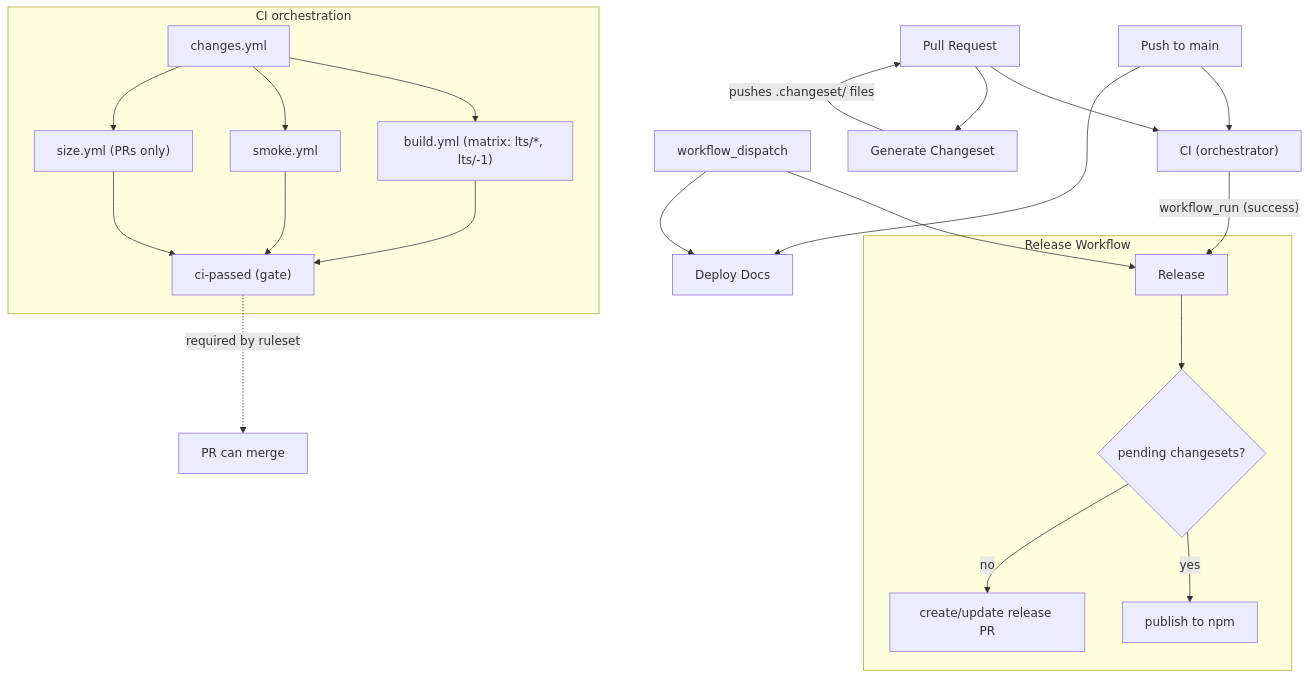
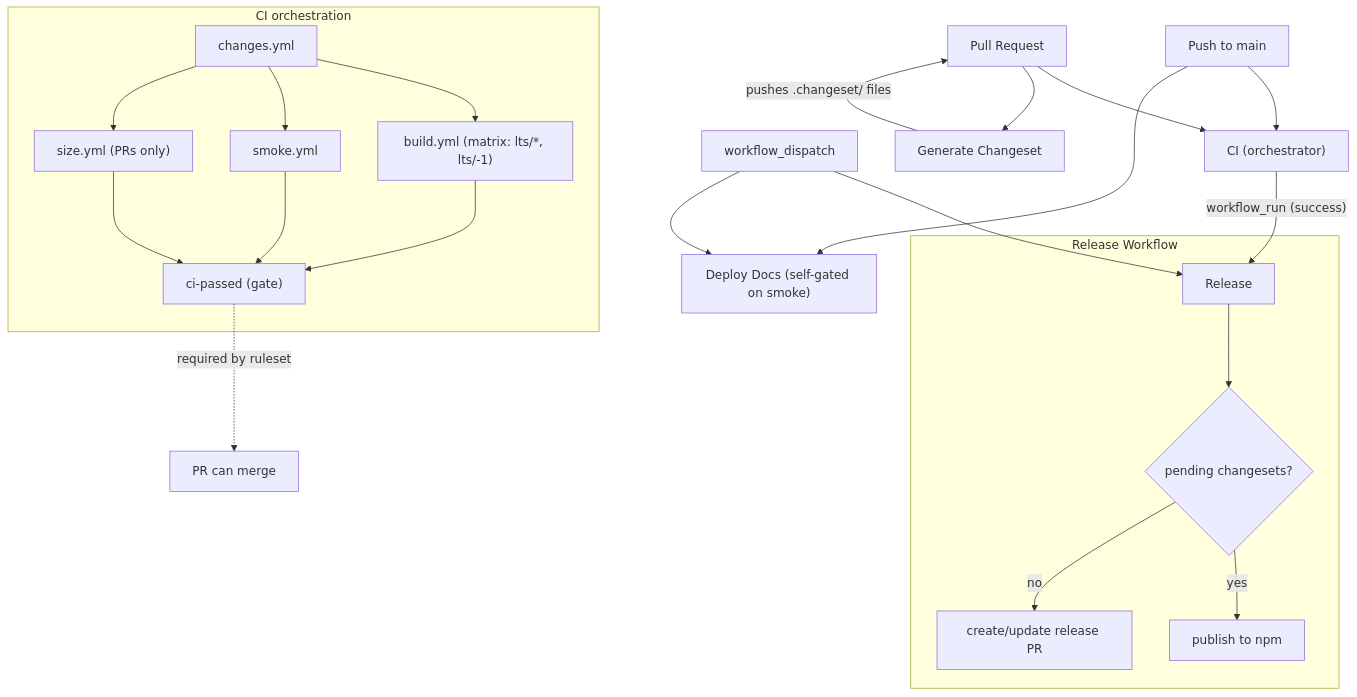
The first of 2 diagrams in .github/workflows/README.md (thejustinwalsh/three-flatland), drawn with Mermaid before and after one commit. The commit also changed other lines of this file and 1 other file, not shown here.

First line of the commit message:
ci: self-gate Deploy Docs on smoke via reusable workflows

````diff
--- a/.github/workflows/README.md
+++ b/.github/workflows/README.md
@@ -5,31 +5,31 @@
 ```mermaid
 graph TD
     PR["Pull Request"] --> CI["CI (orchestrator)"]
     PR --> Changeset["Generate Changeset"]
     Changeset -->|"pushes .changeset/ files"| PR
 
     Push["Push to main"] --> CI
-    Push --> Docs["Deploy Docs"]
+    Push --> Docs["Deploy Docs (self-gated on smoke)"]
 
     CI -->|"workflow_run (success)"| Release["Release"]
     Manual["workflow_dispatch"] --> Release
     Manual --> Docs
 
     subgraph "CI orchestration"
         Changes["changes.yml"]
         Changes --> Build["build.yml (matrix: lts/*, lts/-1)"]
         Changes --> Smoke["smoke.yml"]
         Changes --> Size["size.yml (PRs only)"]
         Build --> Gate["ci-passed (gate)"]
         Smoke --> Gate
         Size --> Gate
     end
 
     Gate -.->|"required by ruleset"| Merge["PR can merge"]
 
     subgraph "Release Workflow"
         Release --> Changesets{"pending changesets?"}
         Changesets -->|yes| Publish["publish to npm"]
         Changesets -->|no| ReleasePR["create/update release PR"]
     end
 ```
````
